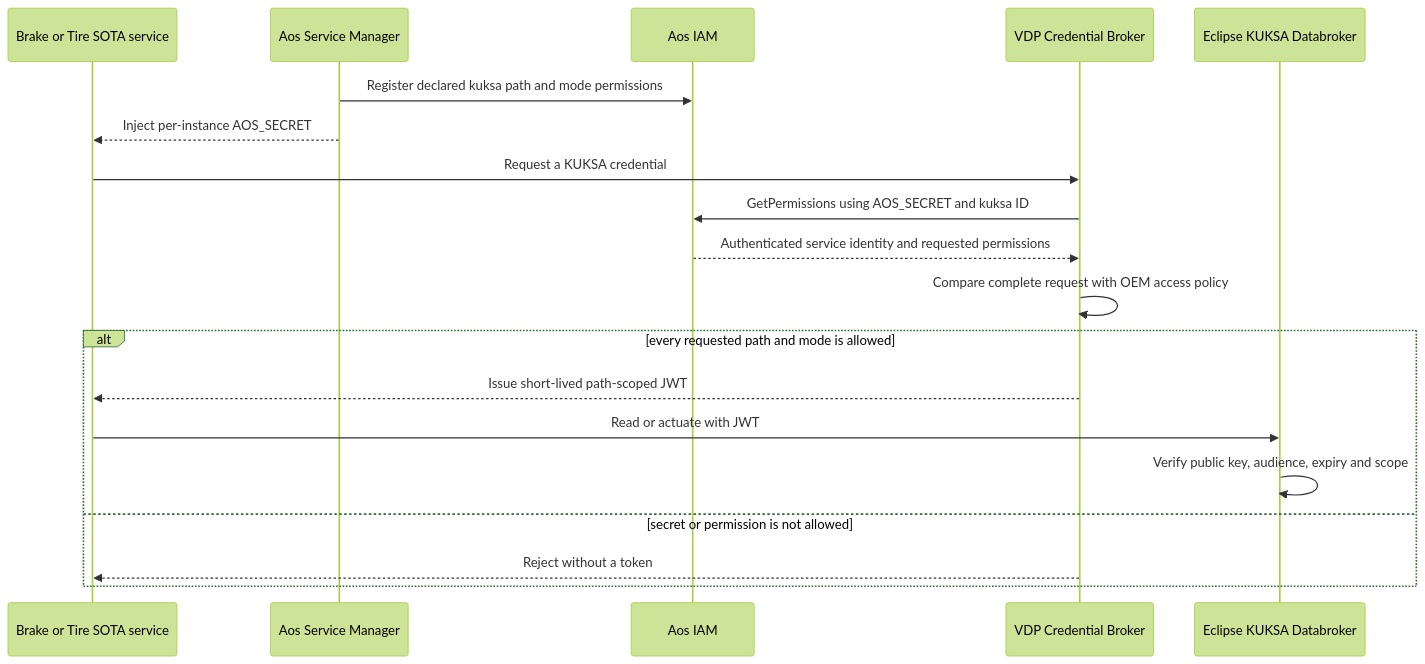
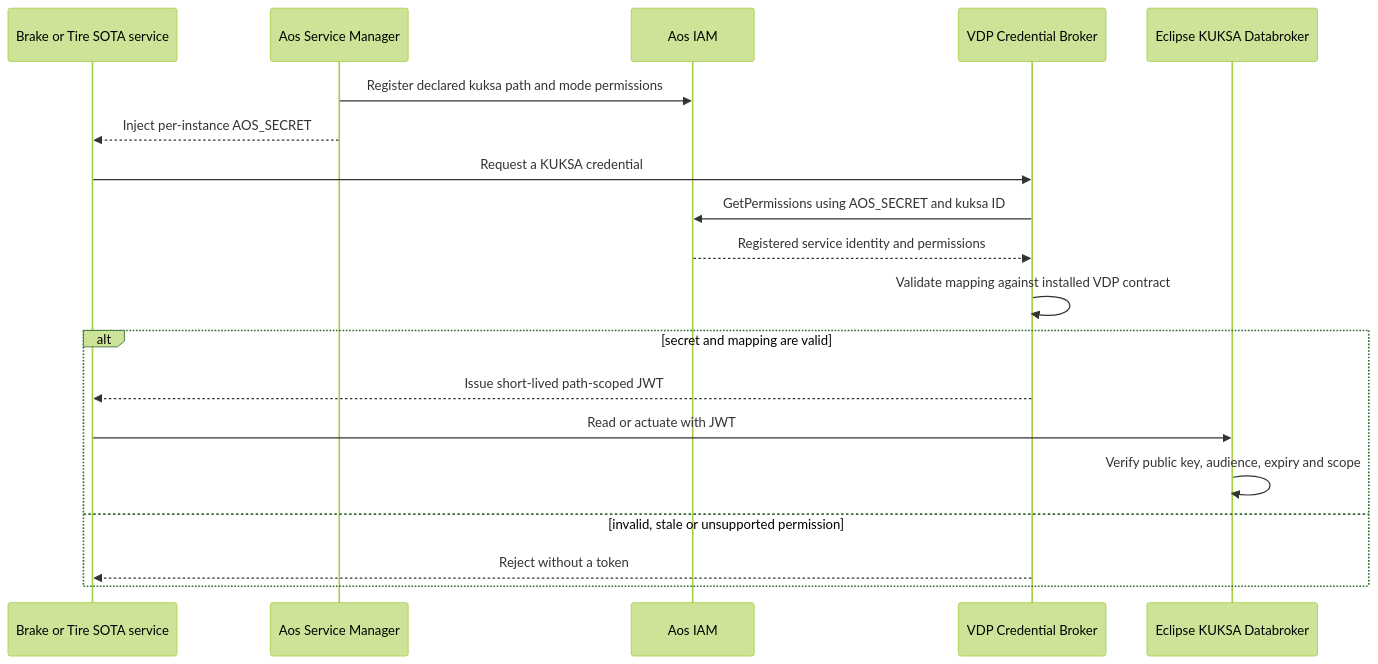
Before and after one commit to alexmaninblack/aosedge-sdv-demo: the second of 19 diagrams in docs/architecture/demo-scenario-architecture-flows.md, drawn with Mermaid (forest theme). The commit also changed other lines of this file and 33 other files, not shown here.

````diff
--- a/docs/architecture/demo-scenario-architecture-flows.md
+++ b/docs/architecture/demo-scenario-architecture-flows.md
@@ -198,22 +199,22 @@
 ```mermaid
 sequenceDiagram
     participant S as Brake or Tire SOTA service
     participant SM as Aos Service Manager
     participant IAM as Aos IAM
     participant CB as VDP Credential Broker
     participant K as Eclipse KUKSA Databroker
 
     SM->>IAM: Register declared kuksa path and mode permissions
     SM-->>S: Inject per-instance AOS_SECRET
     S->>CB: Request a KUKSA credential
     CB->>IAM: GetPermissions using AOS_SECRET and kuksa ID
-    IAM-->>CB: Authenticated service identity and requested permissions
-    CB->>CB: Compare complete request with OEM access policy
-    alt every requested path and mode is allowed
+    IAM-->>CB: Registered service identity and permissions
+    CB->>CB: Validate mapping against installed VDP contract
+    alt secret and mapping are valid
         CB-->>S: Issue short-lived path-scoped JWT
         S->>K: Read or actuate with JWT
         K->>K: Verify public key, audience, expiry and scope
-    else secret or permission is not allowed
+    else invalid, stale or unsupported permission
         CB-->>S: Reject without a token
     end
 ```
````
